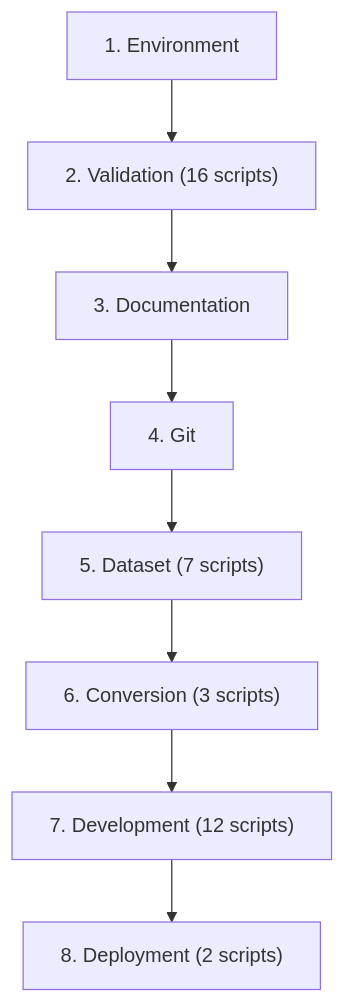
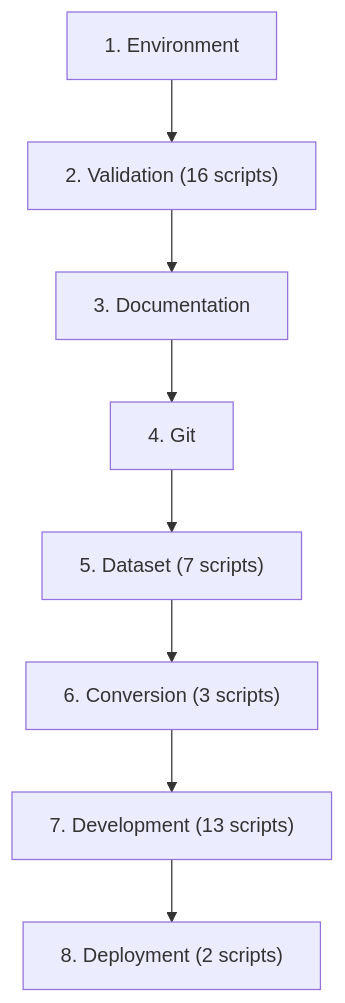
Before and after one commit to chanuka8/argus-gait-recognition: the second of 3 diagrams in scripts/README.md, drawn with Mermaid. The commit also changed other lines of this file and 15 other files, not shown here.

````diff
--- a/scripts/README.md
+++ b/scripts/README.md
@@ -699,18 +703,18 @@
 ```mermaid
 flowchart TD
     step1["1. Environment"]
     step2["2. Validation (16 scripts)"]
     step1 --> step2
     step3["3. Documentation"]
     step2 --> step3
     step4["4. Git"]
     step3 --> step4
     step5["5. Dataset (7 scripts)"]
     step4 --> step5
     step6["6. Conversion (3 scripts)"]
     step5 --> step6
-    step7["7. Development (12 scripts)"]
+    step7["7. Development (13 scripts)"]
     step6 --> step7
     step8["8. Deployment (2 scripts)"]
     step7 --> step8
 ```
````
